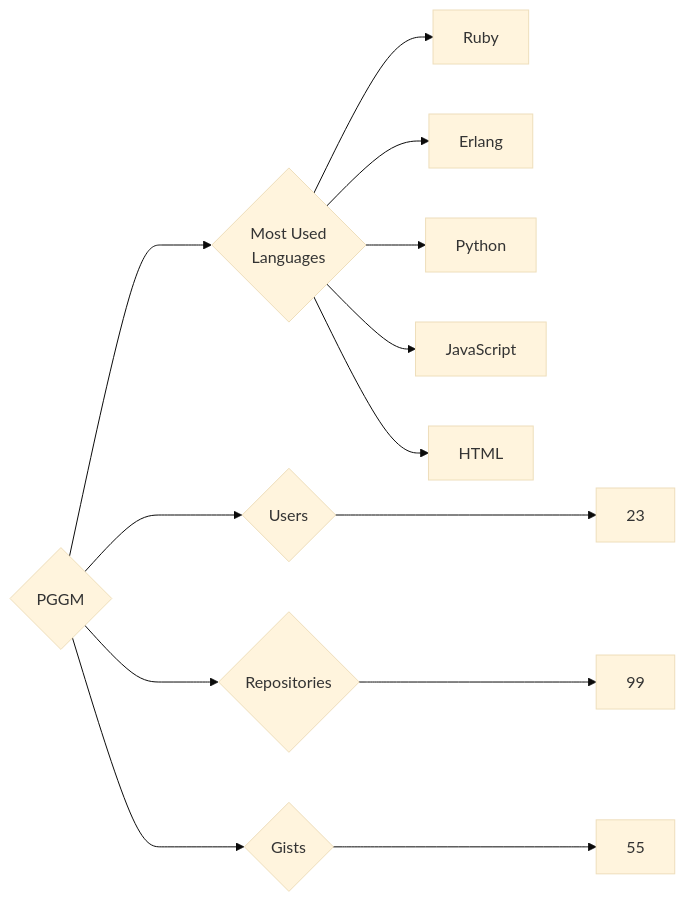
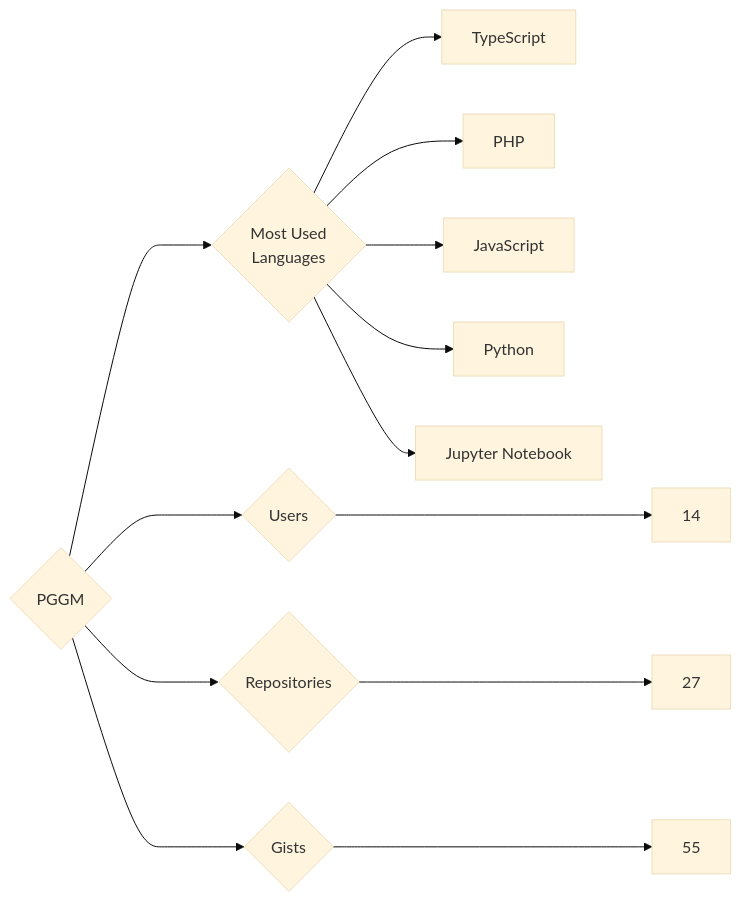
One commit to trickest/insiders changed the diagram in targets/PGGM/README.md. Above: the diagram before and after it, drawn with Mermaid (base theme). The commit also changed 814 other files, not shown here.

````diff
--- a/targets/PGGM/README.md
+++ b/targets/PGGM/README.md
@@ -3,13 +3,13 @@
 ```mermaid
 graph LR
 COMPANY_NAME{PGGM}
-COMPANY_NAME ---> U{Users} ---> UN[23]
-COMPANY_NAME ---> R{Repositories} ---> RN[99]
+COMPANY_NAME ---> U{Users} ---> UN[14]
+COMPANY_NAME ---> R{Repositories} ---> RN[27]
 COMPANY_NAME ---> G{Gists} ---> GN[55]
 COMPANY_NAME ---> ML{Most Used<br>Languages}
-ML --> Ruby[Ruby]
-ML --> Erlang[Erlang]
+ML --> TypeScript[TypeScript]
+ML --> PHP[PHP]
+ML --> JavaScript[JavaScript]
 ML --> Python[Python]
-ML --> JavaScript[JavaScript]
-ML --> HTML[HTML]
+ML --> Jupyter_Notebook[Jupyter Notebook]
 ```
````
